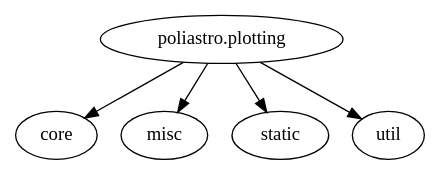
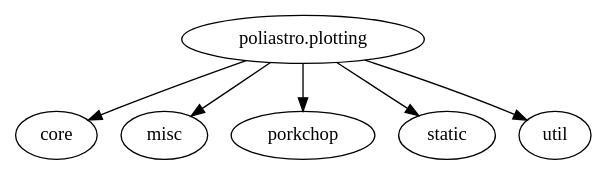
The diagram in docs/source/api/safe/plotting/plotting_index.rst (poliastro/poliastro), drawn with Graphviz before and after one commit. The commit also changed other lines of this file and 3 other files, not shown here.

Commit message:
Removed plotting.rst and added porkchop docs

```diff
--- a/docs/source/api/safe/plotting/plotting_index.rst
+++ b/docs/source/api/safe/plotting/plotting_index.rst
@@ -8,5 +8,5 @@
 .. graphviz::
 
    digraph {
-      "poliastro.plotting" -> "core", "misc", "static", "util";
+      "poliastro.plotting" -> "core", "misc", "porkchop", "static", "util";
    }
```
